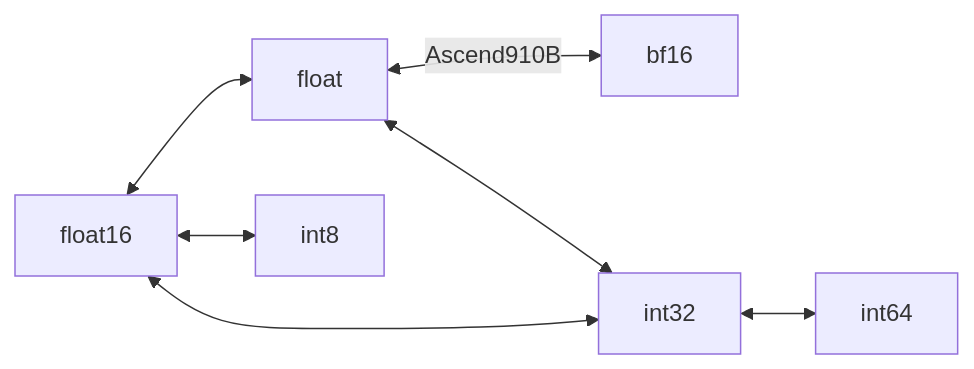
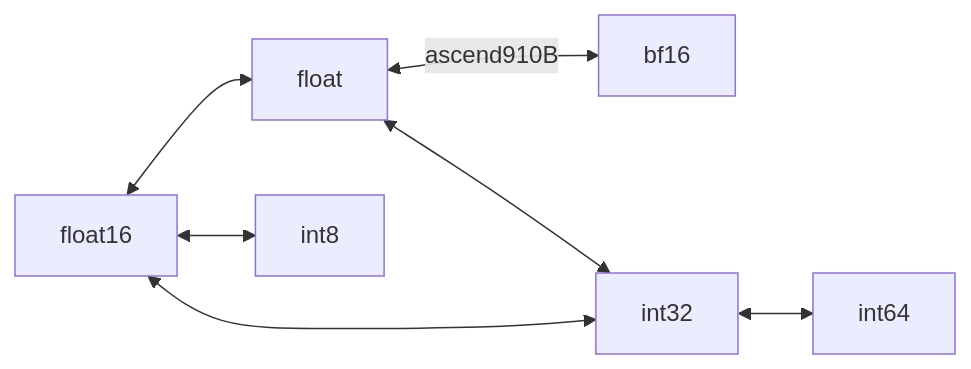
One commit to hicann/ascend-transformer-boost changed the diagram in src/kernels/document/ops/cast.md. Above: the diagram before and after it, drawn with Mermaid. The commit also changed other lines of this file and 58 other files, not shown here.

````diff
--- a/src/kernels/document/ops/cast.md
+++ b/src/kernels/document/ops/cast.md
@@ -24,15 +24,15 @@
 ```mermaid
 graph LR
 A[float16]
 B[float]
 C[bf16]
 D[int32]
 E[int64]
 F[int8]
 A<-->B
 A<-->D
 B<-->D
 D<-->E
-B<--Ascend910B-->C
+B<--ascend910B-->C
 A<-->F
 ```
````
